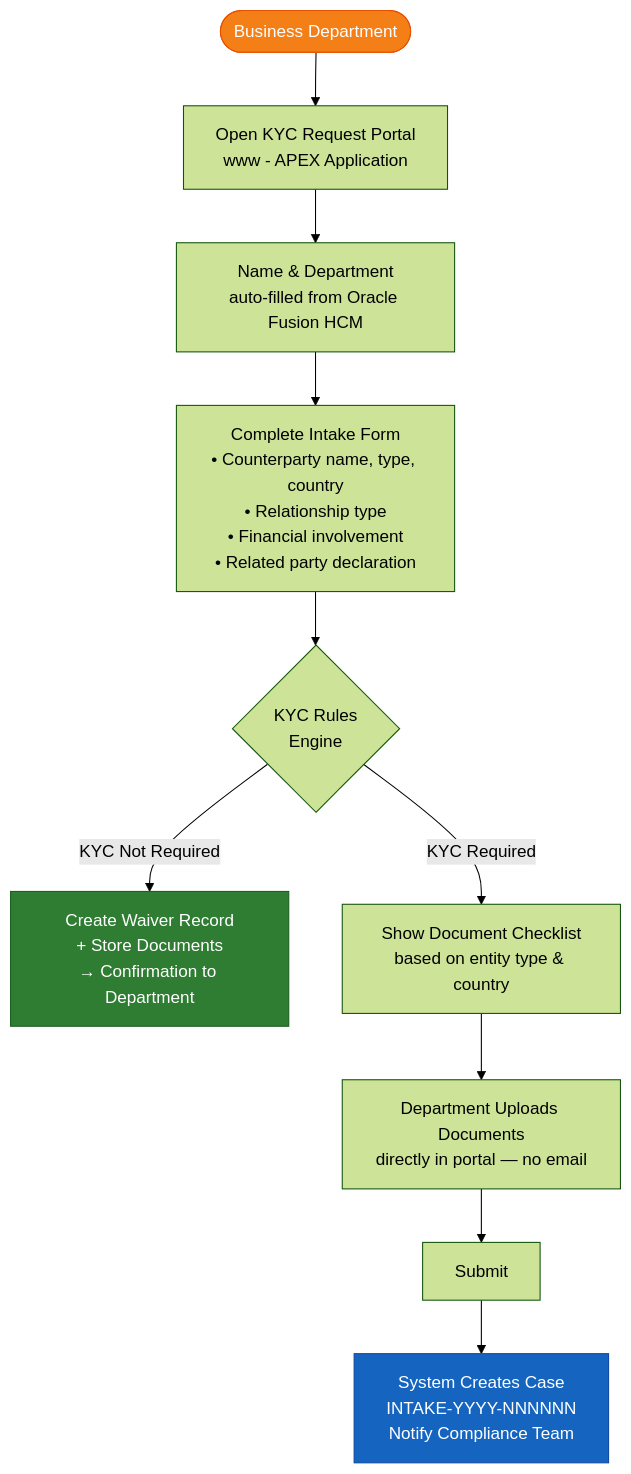
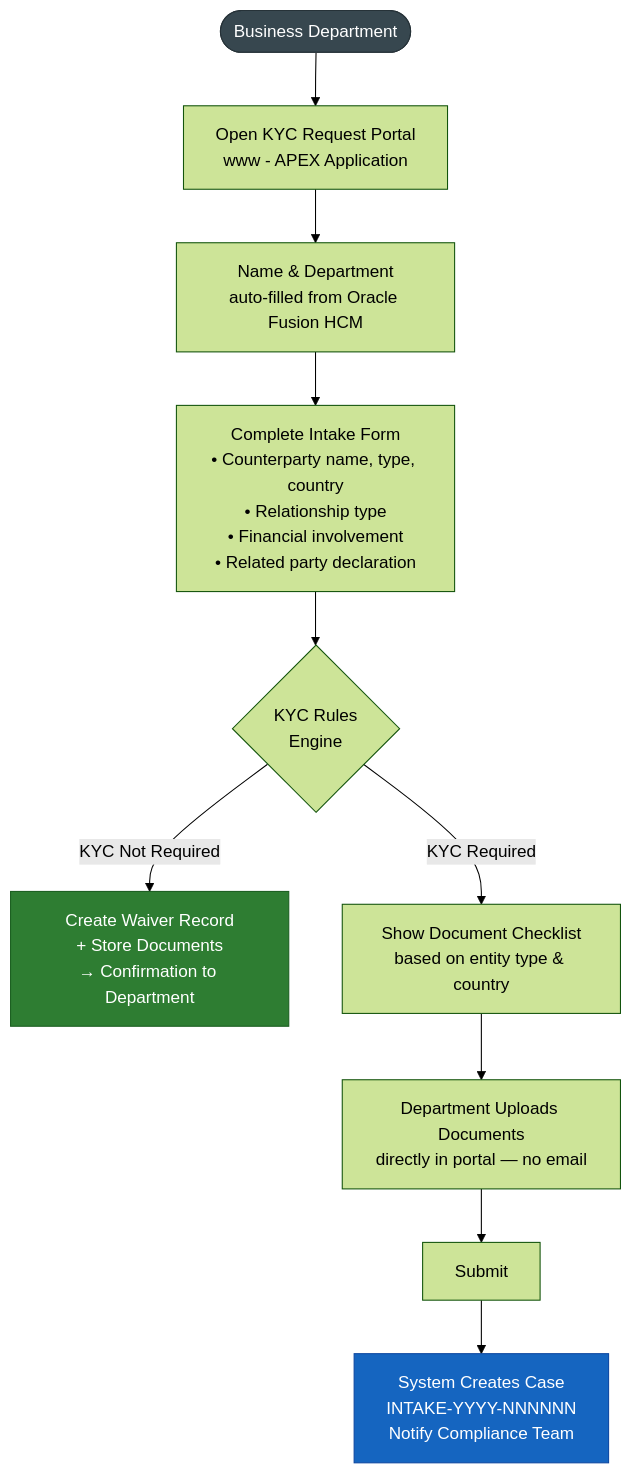
One commit to mazharr-hussain/KycReport changed the first of 2 diagrams in docs/diagrams/intake-flow.md. Above: the diagram before and after it, drawn with Mermaid (forest theme). The commit also changed other lines of this file and 7 other files, not shown here.

First line of the commit message:
Fix low-contrast diagram colours — replace amber with dark slate

````diff
--- a/docs/diagrams/intake-flow.md
+++ b/docs/diagrams/intake-flow.md
@@ -9,27 +9,27 @@
 ```mermaid
 flowchart TD
     DEPT([Business Department]) --> PORTAL
 
     PORTAL[Open KYC Request Portal\nwww - APEX Application]
 
     PORTAL --> AUTOFILL[Name & Department\nauto-filled from Oracle Fusion HCM]
     AUTOFILL --> FORM
 
     FORM[Complete Intake Form\n• Counterparty name, type, country\n• Relationship type\n• Financial involvement\n• Related party declaration]
 
     FORM --> RULES{KYC Rules\nEngine}
 
     RULES -->|KYC Not Required| WAIVER
     RULES -->|KYC Required| DOCS
 
     WAIVER[Create Waiver Record\n+ Store Documents\n→ Confirmation to Department]
 
     DOCS[Show Document Checklist\nbased on entity type & country]
     DOCS --> UPLOAD[Department Uploads Documents\ndirectly in portal — no email]
     UPLOAD --> SUBMIT[Submit]
     SUBMIT --> CASE[System Creates Case\nINTAKE-YYYY-NNNNNN\nNotify Compliance Team]
 
-    style DEPT fill:#F57F17,color:#fff,stroke:#E65100
+    style DEPT fill:#37474F,color:#fff,stroke:#263238
     style WAIVER fill:#2E7D32,color:#fff,stroke:#1B5E20
     style CASE fill:#1565C0,color:#fff,stroke:#0D47A1
 ```
````
